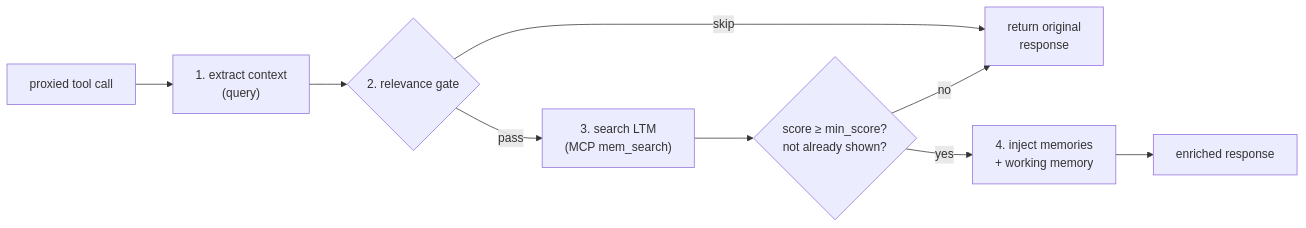
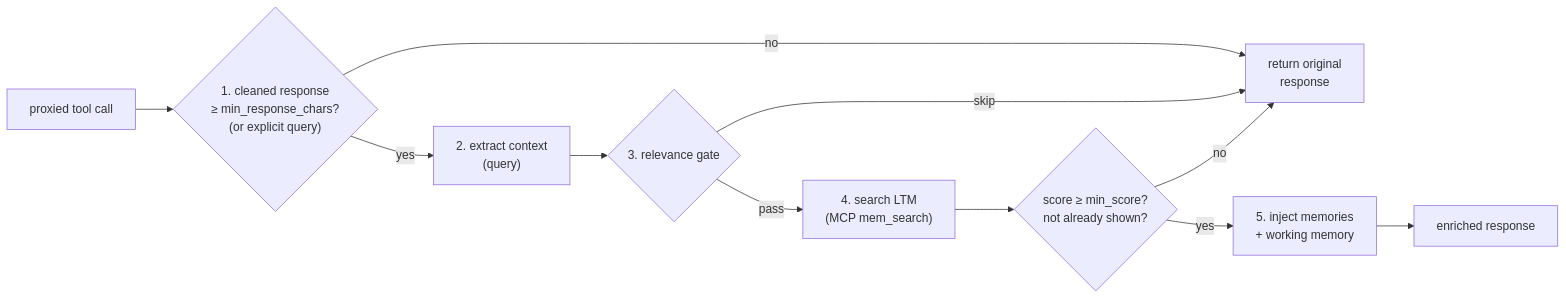
Before and after one commit to memtomem/memtomem-stm: the first of 5 diagrams in docs/surfacing.md, drawn with Mermaid. The commit also changed other lines of this file and 2 other files, not shown here.

First line of the commit message:
docs: fix surfacing flow diagrams + pin template-no-bypass and proxy forwarding

````diff
--- a/docs/surfacing.md
+++ b/docs/surfacing.md
@@ -10,11 +17,13 @@
 ```mermaid
 flowchart LR
-    Tool["proxied tool call"] --> Extract["1. extract context<br/>(query)"]
-    Extract --> Gate{"2. relevance gate"}
-    Gate -->|skip| Pass["return original<br/>response"]
-    Gate -->|pass| Search["3. search LTM<br/>(MCP mem_search)"]
+    Tool["proxied tool call"] --> Size{"1. cleaned response<br/>≥ min_response_chars?<br/>(or explicit query)"}
+    Size -->|no| Pass["return original<br/>response"]
+    Size -->|yes| Extract["2. extract context<br/>(query)"]
+    Extract --> Gate{"3. relevance gate"}
+    Gate -->|skip| Pass
+    Gate -->|pass| Search["4. search LTM<br/>(MCP mem_search)"]
     Search --> Filter{"score ≥ min_score?<br/>not already shown?"}
     Filter -->|no| Pass
-    Filter -->|yes| Inject["4. inject memories<br/>+ working memory"]
+    Filter -->|yes| Inject["5. inject memories<br/>+ working memory"]
     Inject --> Out["enriched response"]
 ```
````
